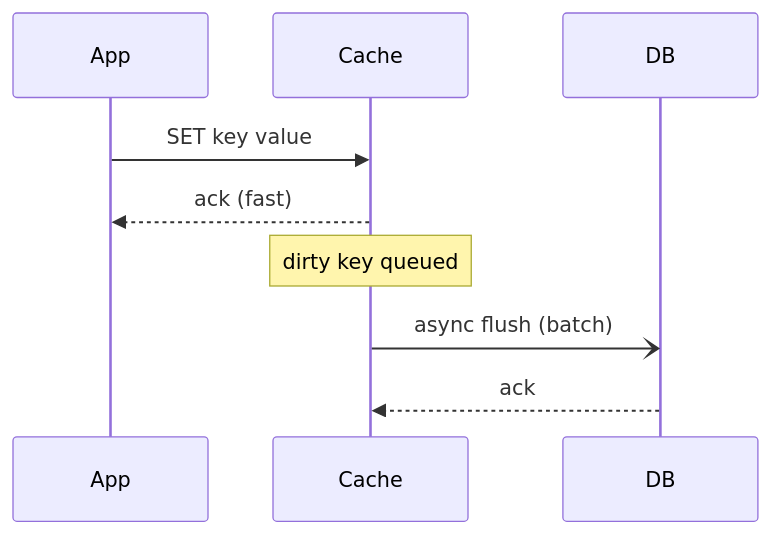
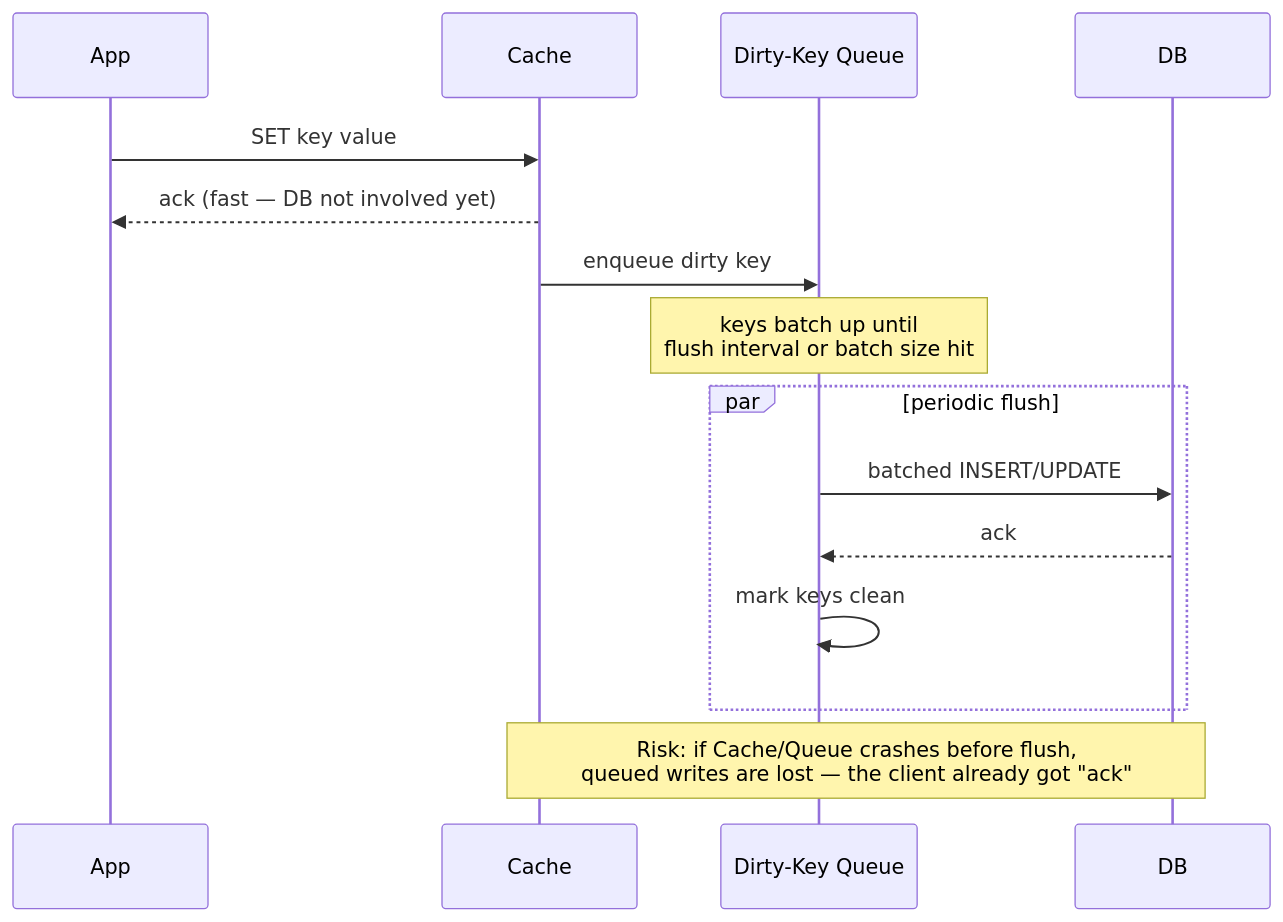
Before and after one commit to deepanshu-rawat6/DevOpsIndex: the fourth of 8 diagrams in databases/caching.md, drawn with Mermaid. The commit also changed other lines of this file and 7 other files, not shown here.

````diff
--- a/databases/caching.md
+++ b/databases/caching.md
@@ -116,12 +171,20 @@
 ```mermaid
 sequenceDiagram
     participant App
     participant Cache
+    participant Queue as Dirty-Key Queue
     participant DB
 
     App->>Cache: SET key value
-    Cache-->>App: ack (fast)
-    Note over Cache: dirty key queued
-    Cache-)DB: async flush (batch)
-    DB-->>Cache: ack
+    Cache-->>App: ack (fast — DB not involved yet)
+    Cache->>Queue: enqueue dirty key
+    Note over Queue: keys batch up until<br/>flush interval or batch size hit
+
+    par periodic flush
+        Queue->>DB: batched INSERT/UPDATE
+        DB-->>Queue: ack
+        Queue->>Queue: mark keys clean
+    end
+
+    Note over Cache,DB: Risk: if Cache/Queue crashes before flush,<br/>queued writes are lost — the client already got "ack"
 ```
````
